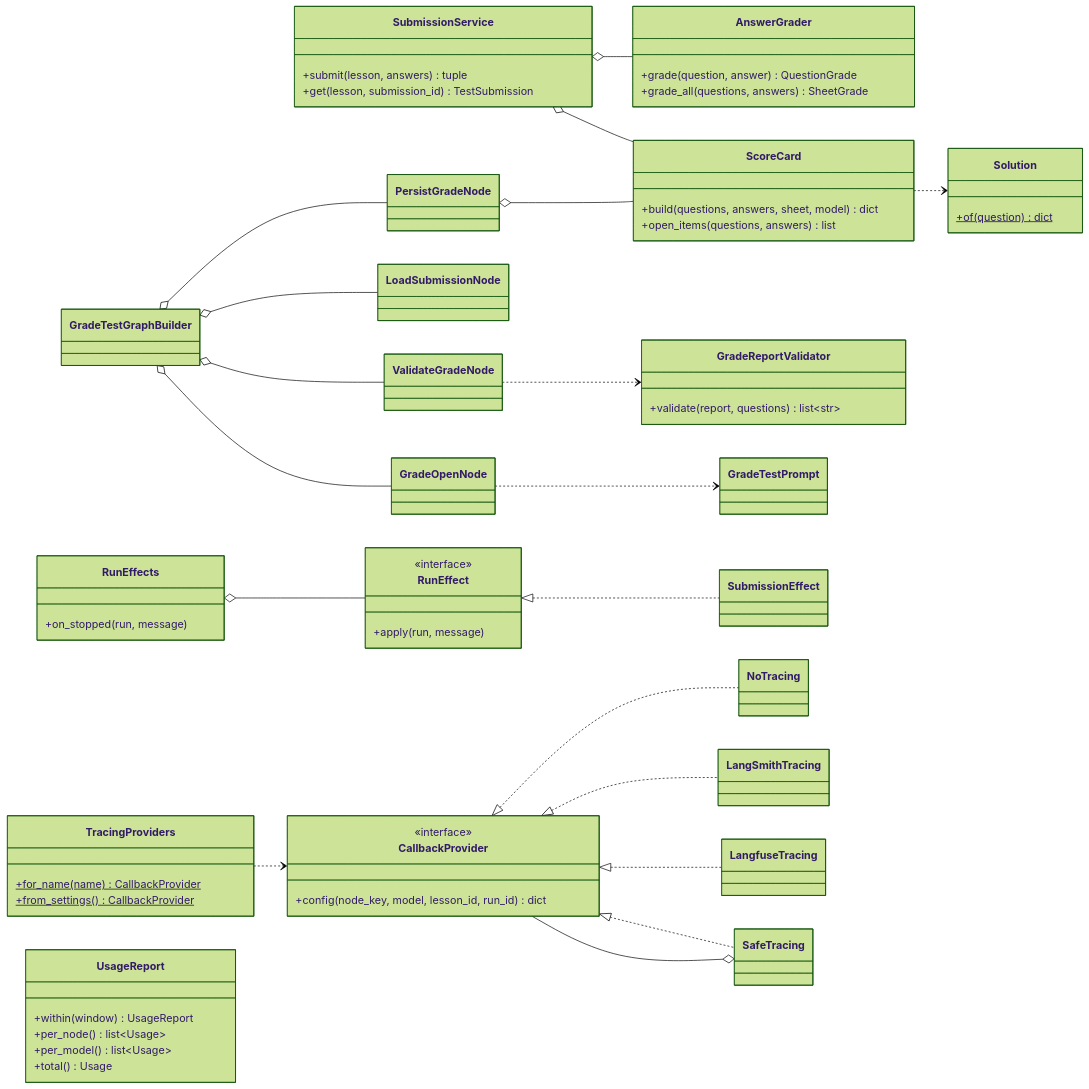
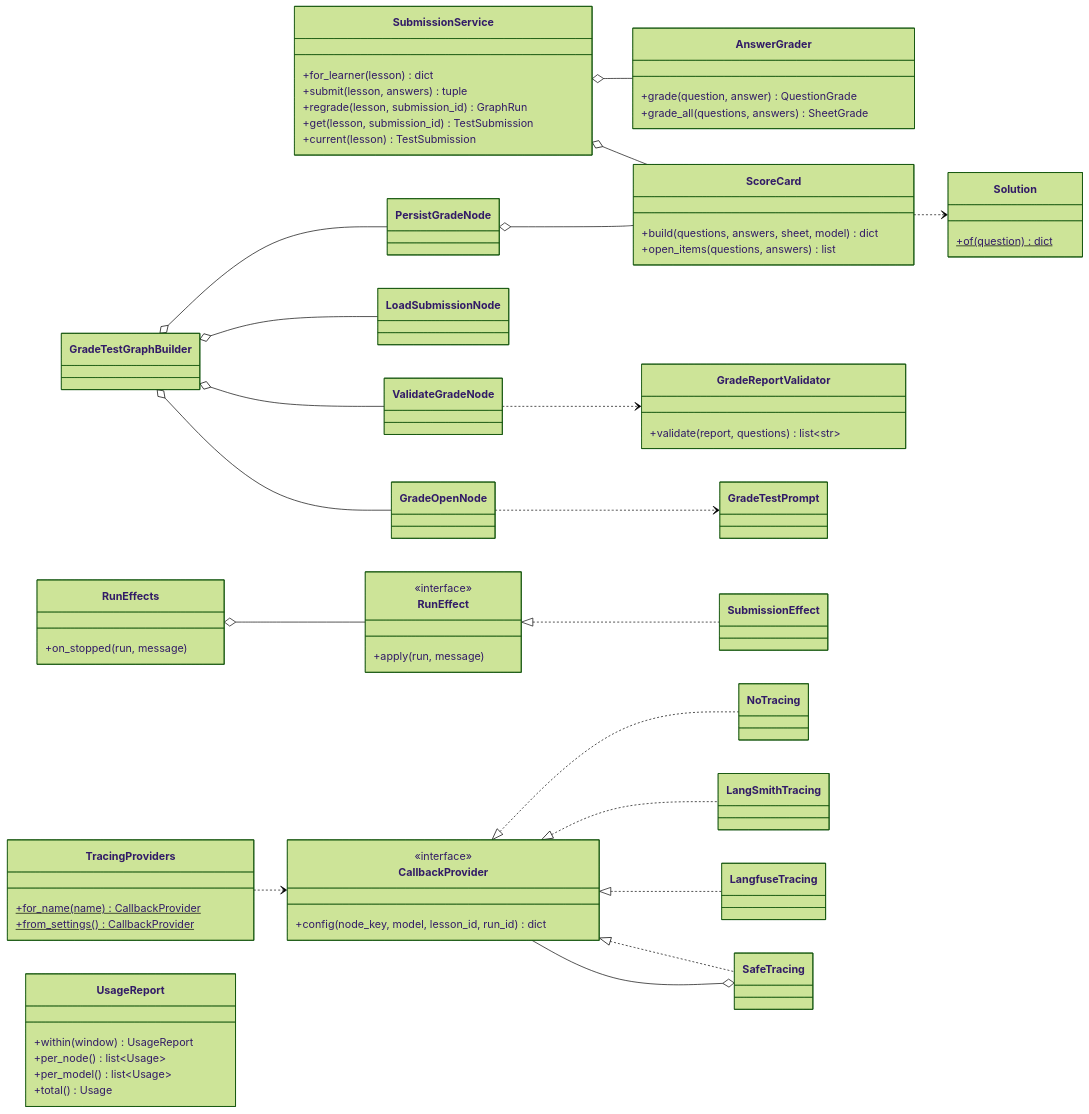
Before and after one commit to Satyamkumarjha4/Intelilearn: diagram 16 of 19 in docs/design.md, drawn with Mermaid (forest theme). The commit also changed other lines of this file and 12 other files, not shown here.

````diff
--- a/docs/design.md
+++ b/docs/design.md
@@ -1210,73 +1357,76 @@
 ```mermaid
 classDiagram
     direction LR
     class AnswerGrader {
         +grade(question, answer) QuestionGrade
         +grade_all(questions, answers) SheetGrade
     }
     class ScoreCard {
         +build(questions, answers, sheet, model) dict
         +open_items(questions, answers) list
     }
     class Solution {
         +of(question)$ dict
     }
     class GradeReportValidator {
         +validate(report, questions) list~str~
     }
     class GradeTestPrompt
     class SubmissionService {
+        +for_learner(lesson) dict
         +submit(lesson, answers) tuple
+        +regrade(lesson, submission_id) GraphRun
         +get(lesson, submission_id) TestSubmission
+        +current(lesson) TestSubmission
     }
     class RunEffects {
         +on_stopped(run, message)
     }
     class RunEffect {
         <<interface>>
         +apply(run, message)
     }
     class SubmissionEffect
     class GradeTestGraphBuilder
     class LoadSubmissionNode
     class GradeOpenNode
     class ValidateGradeNode
     class PersistGradeNode
     class CallbackProvider {
         <<interface>>
         +config(node_key, model, lesson_id, run_id) dict
     }
     class NoTracing
     class LangSmithTracing
     class LangfuseTracing
     class SafeTracing
     class TracingProviders {
         +for_name(name)$ CallbackProvider
         +from_settings()$ CallbackProvider
     }
     class UsageReport {
         +within(window) UsageReport
         +per_node() list~Usage~
         +per_model() list~Usage~
         +total() Usage
     }
 
     SubmissionService o-- AnswerGrader
     SubmissionService o-- ScoreCard
     ScoreCard ..> Solution
     GradeTestGraphBuilder o-- LoadSubmissionNode
     GradeTestGraphBuilder o-- GradeOpenNode
     GradeTestGraphBuilder o-- ValidateGradeNode
     GradeTestGraphBuilder o-- PersistGradeNode
     GradeOpenNode ..> GradeTestPrompt
     ValidateGradeNode ..> GradeReportValidator
     PersistGradeNode o-- ScoreCard
     RunEffects o-- RunEffect
     RunEffect <|.. SubmissionEffect
     CallbackProvider <|.. NoTracing
     CallbackProvider <|.. LangSmithTracing
     CallbackProvider <|.. LangfuseTracing
     CallbackProvider <|.. SafeTracing
     SafeTracing o-- CallbackProvider
     TracingProviders ..> CallbackProvider
 ```
````
